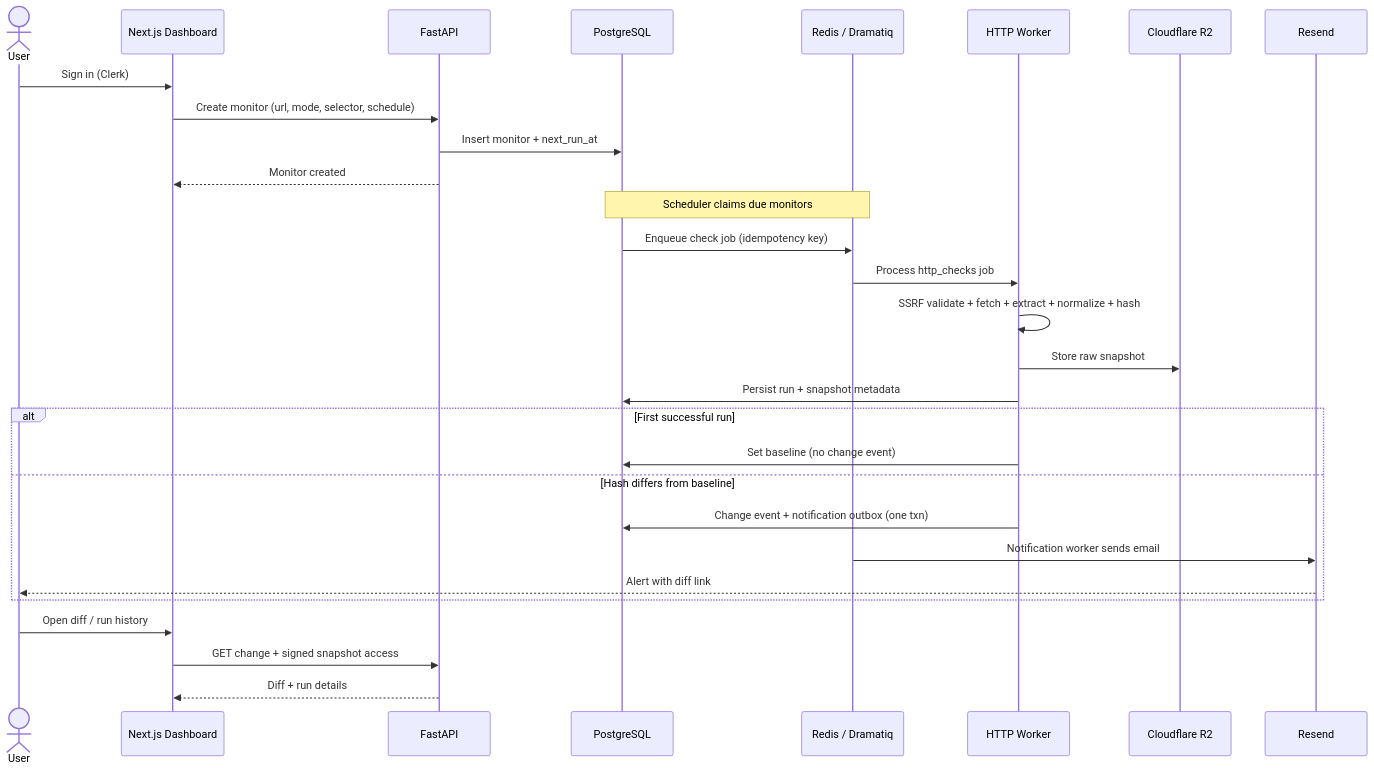
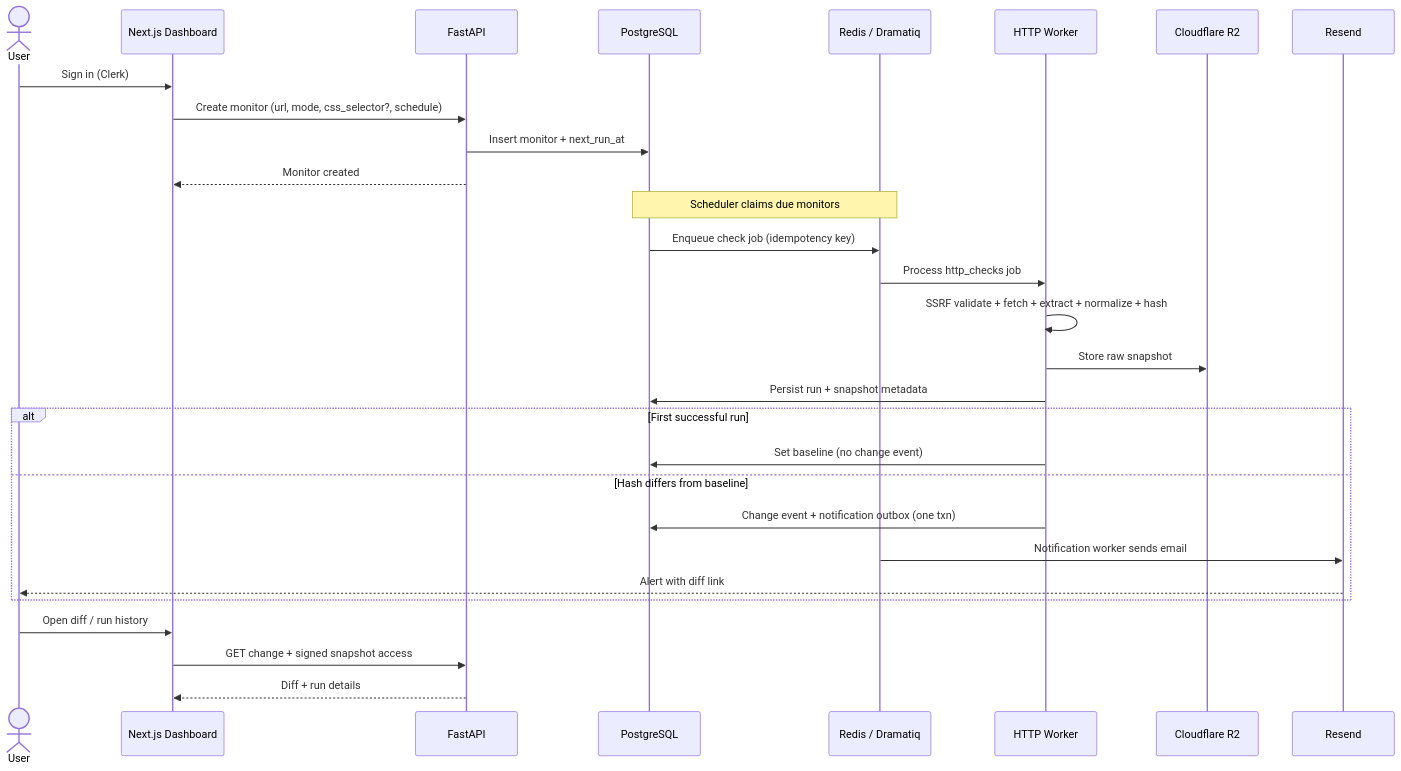
The diagram in docs/phase-0/01-mvp-user-flow.md (sunil-gumatimath/web-observer), drawn with Mermaid before and after one commit. The commit also changed other lines of this file and 11 other files, not shown here.

First line of the commit message:
docs(modes): align all documentation and import hints with shipped MonitorMode enum

````diff
--- a/docs/phase-0/01-mvp-user-flow.md
+++ b/docs/phase-0/01-mvp-user-flow.md
@@ -8,35 +8,35 @@
 ```mermaid
 sequenceDiagram
     actor User
     participant Web as Next.js Dashboard
     participant API as FastAPI
     participant DB as PostgreSQL
     participant Q as Redis / Dramatiq
     participant W as HTTP Worker
     participant R2 as Cloudflare R2
     participant Mail as Resend
 
     User->>Web: Sign in (Clerk)
-    Web->>API: Create monitor (url, mode, selector, schedule)
+    Web->>API: Create monitor (url, mode, css_selector?, schedule)
     API->>DB: Insert monitor + next_run_at
     API-->>Web: Monitor created
 
     Note over DB,Q: Scheduler claims due monitors
     DB->>Q: Enqueue check job (idempotency key)
     Q->>W: Process http_checks job
     W->>W: SSRF validate + fetch + extract + normalize + hash
     W->>R2: Store raw snapshot
     W->>DB: Persist run + snapshot metadata
 
     alt First successful run
         W->>DB: Set baseline (no change event)
     else Hash differs from baseline
         W->>DB: Change event + notification outbox (one txn)
         Q->>Mail: Notification worker sends email
         Mail-->>User: Alert with diff link
     end
 
     User->>Web: Open diff / run history
     Web->>API: GET change + signed snapshot access
     API-->>Web: Diff + run details
 ```
````
